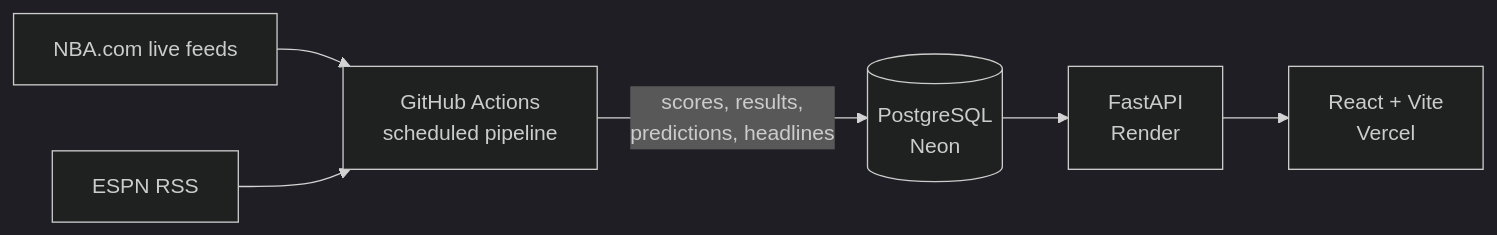
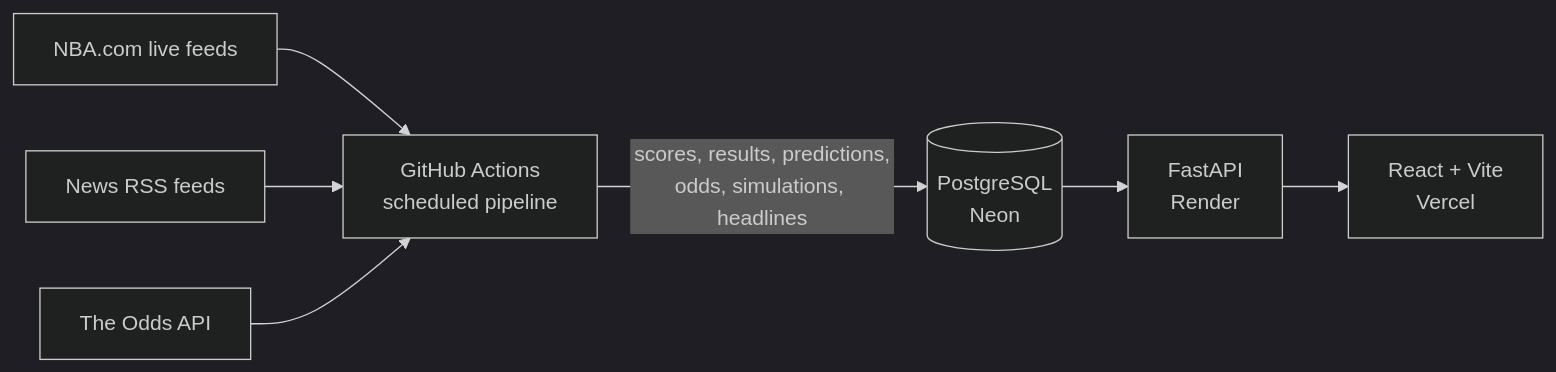
One commit to coopersouthworth-prog/NBA-Dashboard changed the diagram in README.md. Above: the diagram before and after it, drawn with Mermaid (dark theme). The commit also changed other lines of this file, not shown here.

````diff
--- a/README.md
+++ b/README.md
@@ -41,8 +62,9 @@
 ```mermaid
 flowchart LR
     NBA[NBA.com live feeds] --> GHA
-    ESPN[ESPN RSS] --> GHA
-    GHA[GitHub Actions<br/>scheduled pipeline] -->|scores, results,<br/>predictions, headlines| DB[(PostgreSQL<br/>Neon)]
+    NEWS[News RSS feeds] --> GHA
+    ODDS[The Odds API] --> GHA
+    GHA[GitHub Actions<br/>scheduled pipeline] -->|scores, results, predictions,<br/>odds, simulations, headlines| DB[(PostgreSQL<br/>Neon)]
     DB --> API[FastAPI<br/>Render]
     API --> WEB[React + Vite<br/>Vercel]
 ```
````
